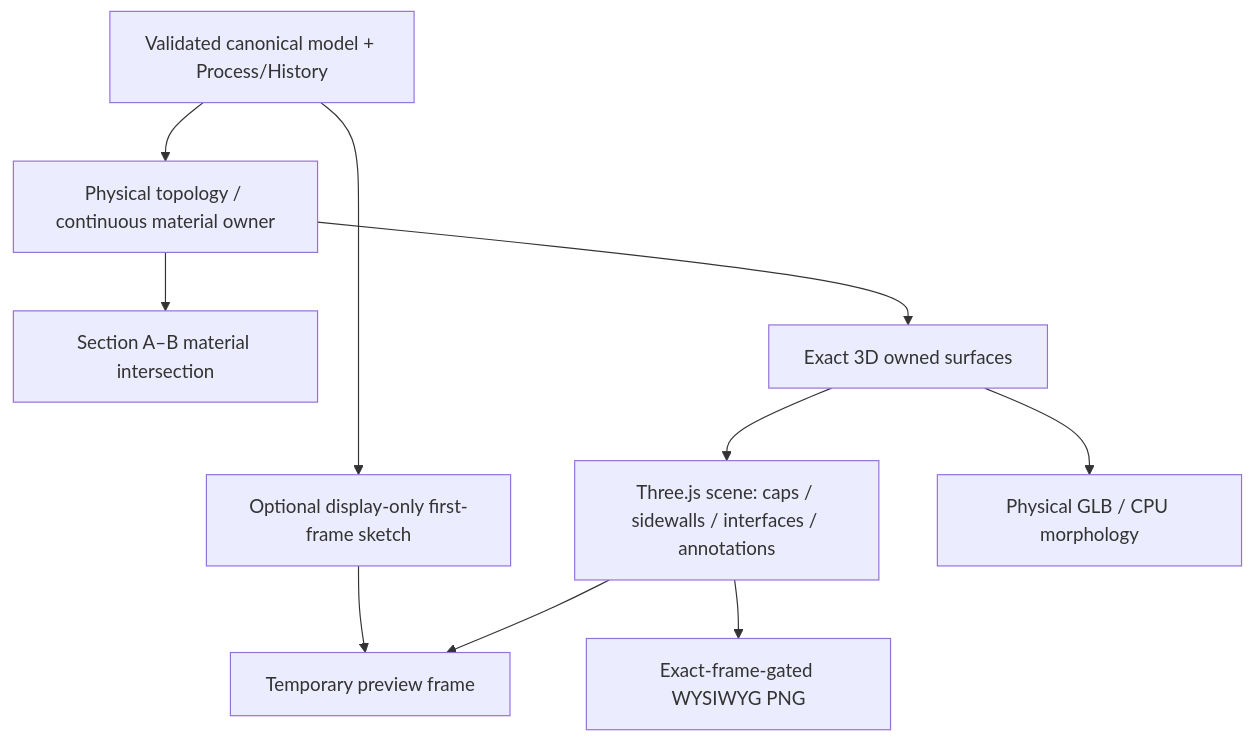
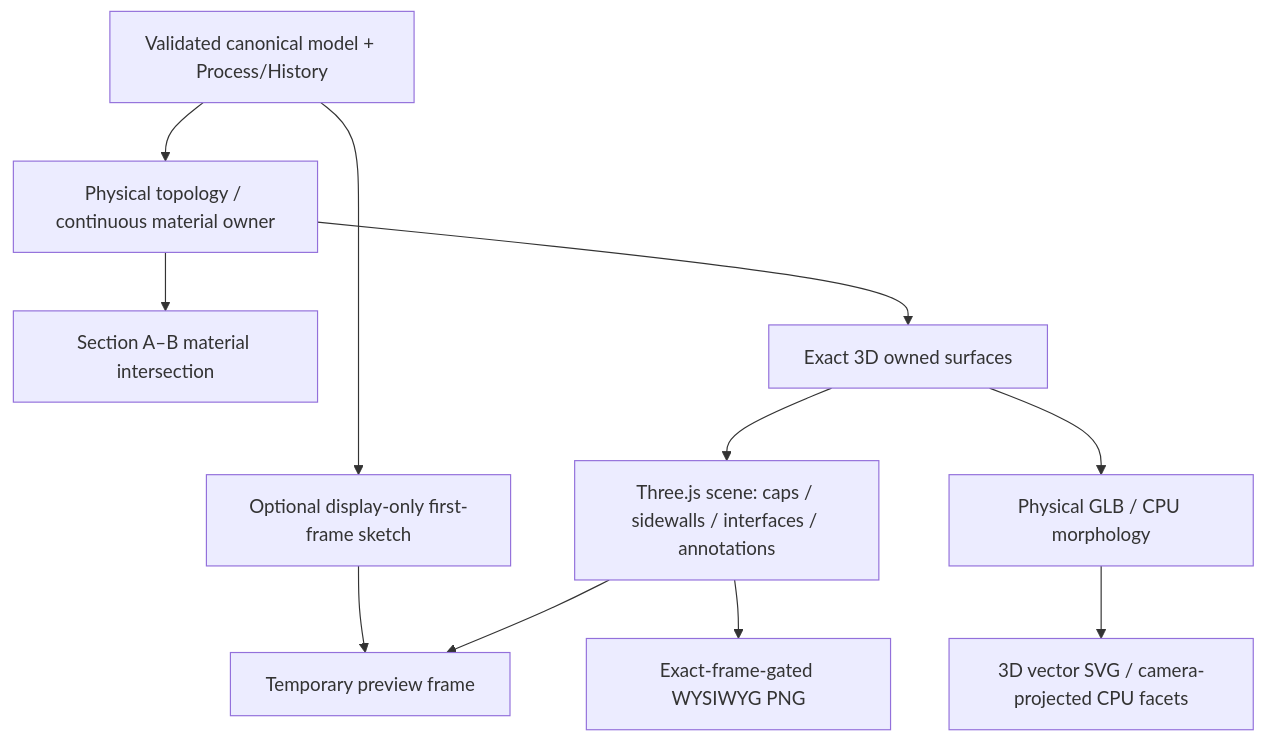
Before and after one commit to Xiaolong-6/WaferCAD: the diagram in docs/renderer/RENDERER_CONTRACT.md, drawn with Mermaid. The commit also changed other lines of this file and 14 other files, not shown here.

First line of the commit message:
feat(3D): native vector SVG export with deterministic Rough/Pyramid geometry (#400)

````diff
--- a/docs/renderer/RENDERER_CONTRACT.md
+++ b/docs/renderer/RENDERER_CONTRACT.md
@@ -22,12 +22,13 @@
 ```mermaid
 flowchart TD
   Model["Validated canonical model + Process/History"] --> Topology["Physical topology / continuous material owner"]
   Topology --> Section["Section A–B material intersection"]
   Topology --> Exact["Exact 3D owned surfaces"]
   Exact --> Mesh["Three.js scene: caps / sidewalls / interfaces / annotations"]
   Model --> Preview["Optional display-only first-frame sketch"]
   Preview --> Screen["Temporary preview frame"]
   Mesh --> Screen
   Exact --> GLB["Physical GLB / CPU morphology"]
+  GLB --> SVG["3D vector SVG / camera-projected CPU facets"]
   Mesh --> PNG["Exact-frame-gated WYSIWYG PNG"]
 ```
````
